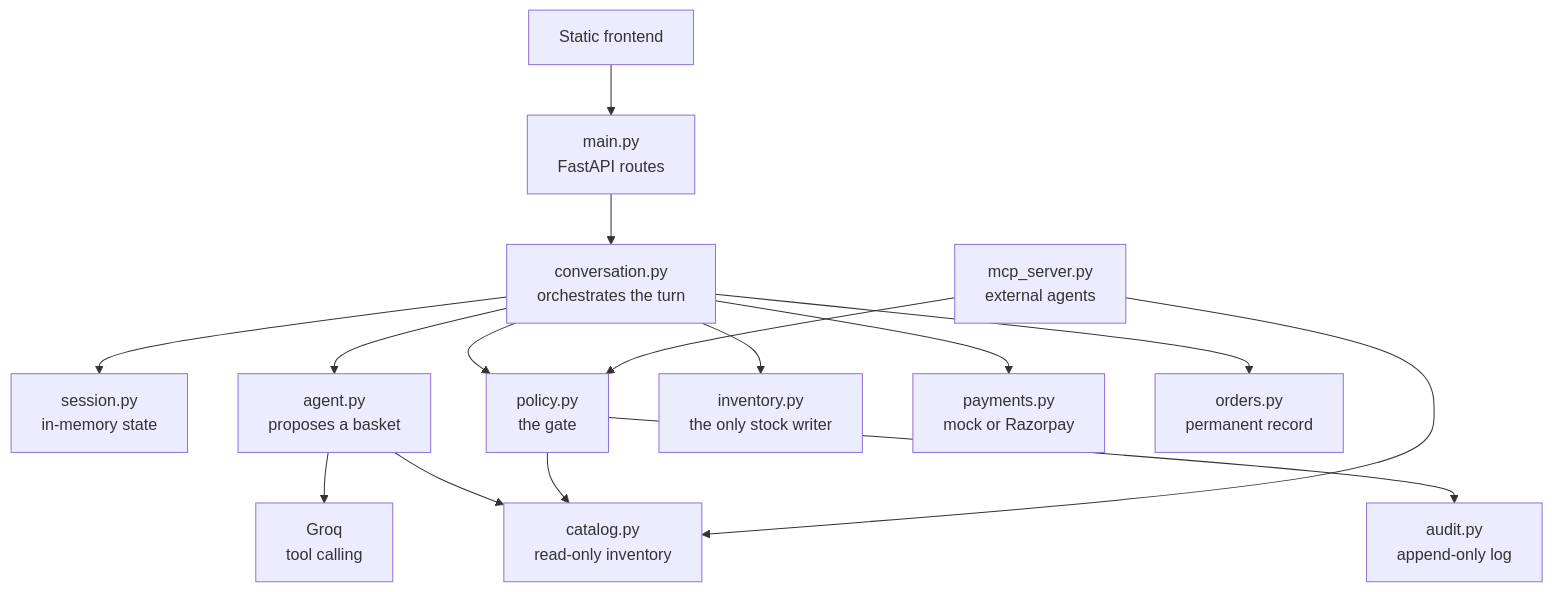
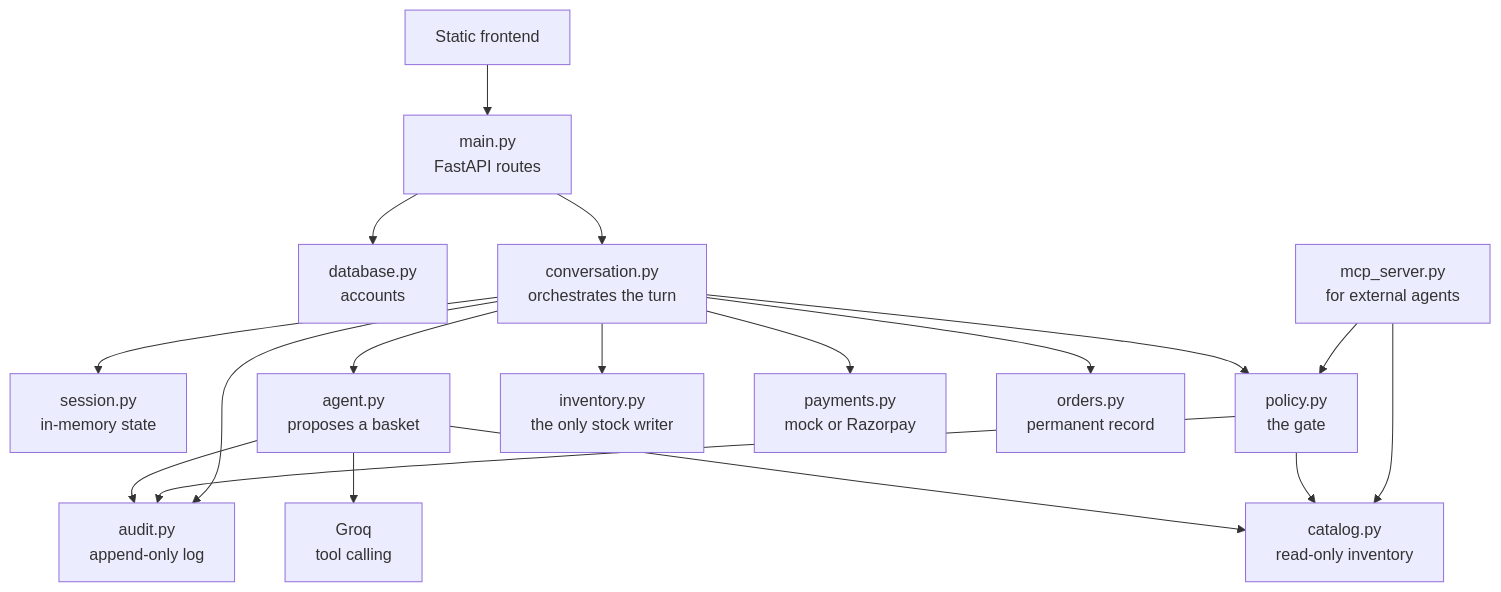
The first of 8 diagrams in ARCHITECTURE.MD (akriti706/Agentic-Bakery), drawn with Mermaid before and after one commit. The commit also changed other lines of this file and 2 other files, not shown here.

````diff
--- a/ARCHITECTURE.MD
+++ b/ARCHITECTURE.MD
@@ -90,17 +89,20 @@
 ```mermaid
 flowchart TD
     FE[Static frontend] --> MAIN[main.py<br/>FastAPI routes]
+    MAIN --> DB[database.py<br/>accounts]
     MAIN --> CONV[conversation.py<br/>orchestrates the turn]
     CONV --> SESS[session.py<br/>in-memory state]
     CONV --> AGENT[agent.py<br/>proposes a basket]
     AGENT --> LLM[Groq<br/>tool calling]
     AGENT --> CAT[catalog.py<br/>read-only inventory]
+    AGENT --> AUD[audit.py<br/>append-only log]
     CONV --> POL[policy.py<br/>the gate]
     POL --> CAT
-    POL --> AUD[audit.py<br/>append-only log]
+    POL --> AUD
+    CONV --> AUD
     CONV --> INV[inventory.py<br/>the only stock writer]
     CONV --> PAY[payments.py<br/>mock or Razorpay]
     CONV --> ORD[orders.py<br/>permanent record]
-    MCP[mcp_server.py<br/>external agents] --> CAT
-    MCP --> POL
+    MCPS[mcp_server.py<br/>for external agents] --> CAT
+    MCPS --> POL
 ```
````
